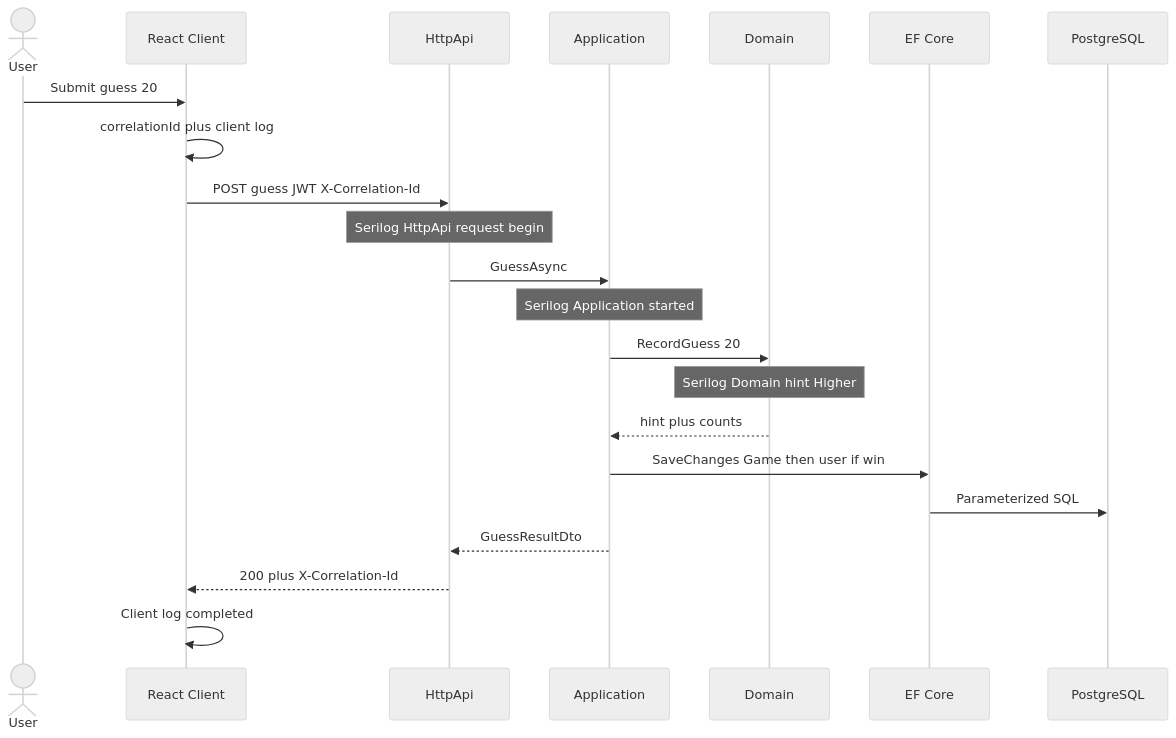
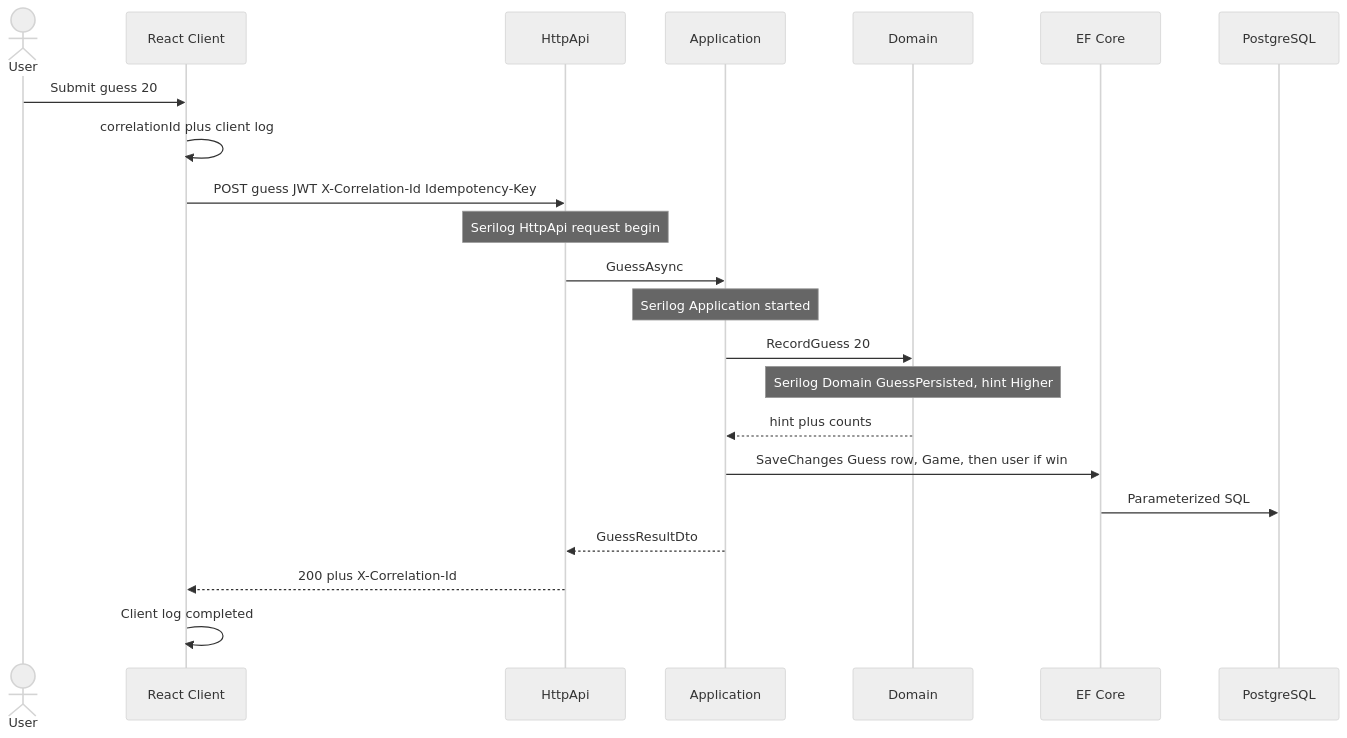
Before and after one commit to MostafaMonib/AbpGuessGame: diagram 13 of 23 in DOCUMENTATION.md, drawn with Mermaid (neutral theme). The commit also changed other lines of this file and 288 other files, not shown here.

````diff
--- a/DOCUMENTATION.md
+++ b/DOCUMENTATION.md
@@ -580,25 +608,25 @@
 ```mermaid
 sequenceDiagram
   actor User
   participant SPA as React Client
   participant Api as HttpApi
   participant App as Application
   participant Dom as Domain
   participant Inf as EF Core
   participant DB as PostgreSQL
 
   User->>SPA: Submit guess 20
   SPA->>SPA: correlationId plus client log
-  SPA->>Api: POST guess JWT X-Correlation-Id
+  SPA->>Api: POST guess JWT X-Correlation-Id Idempotency-Key
   Note over Api: Serilog HttpApi request begin
   Api->>App: GuessAsync
   Note over App: Serilog Application started
   App->>Dom: RecordGuess 20
-  Note over Dom: Serilog Domain hint Higher
+  Note over Dom: Serilog Domain GuessPersisted, hint Higher
   Dom-->>App: hint plus counts
-  App->>Inf: SaveChanges Game then user if win
+  App->>Inf: SaveChanges Guess row, Game, then user if win
   Inf->>DB: Parameterized SQL
   App-->>Api: GuessResultDto
   Api-->>SPA: 200 plus X-Correlation-Id
   SPA->>SPA: Client log completed
 ```
````
